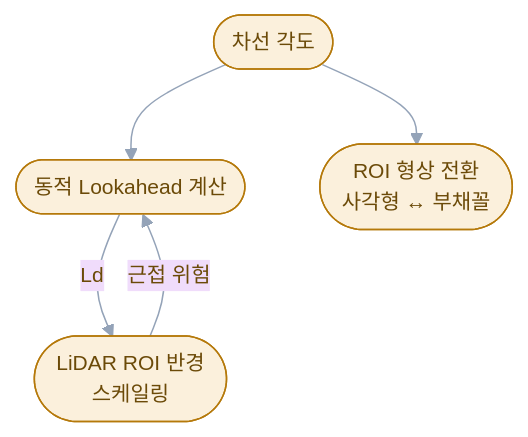
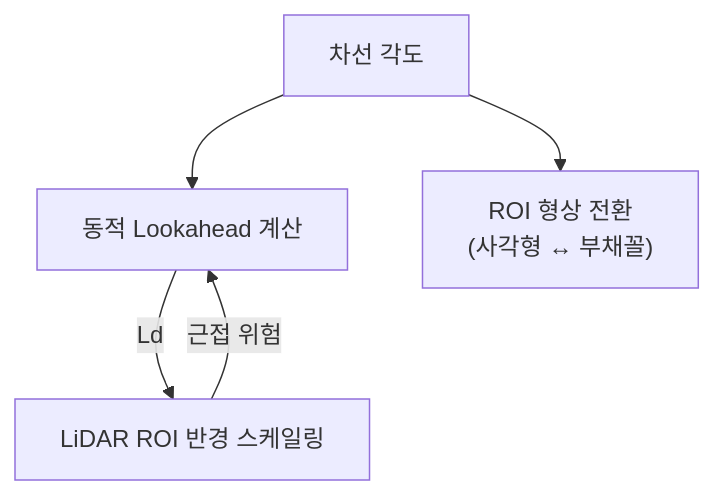
The fourth of 4 diagrams in README.md (GeonHoong/1_10-autonomous-race), drawn with Mermaid before and after one commit. The commit also changed other lines of this file, not shown here.

Commit message:
Revert mermaid diagrams to original plain style

````diff
--- a/README.md
+++ b/README.md
@@ -116,11 +94,7 @@
 ```mermaid
-%%{init: {'theme':'base', 'themeVariables': {
-  'primaryColor':'#fbf0dc','primaryBorderColor':'#b5790a','primaryTextColor':'#6b4a08',
-  'lineColor':'#94a3b8','fontFamily':'Pretendard, -apple-system, Segoe UI, sans-serif','fontSize':'14px'
-}}}%%
 flowchart TD
-    LANE(["차선 각도"]) --> PP(["동적 Lookahead 계산"])
-    PP -- "Ld" --> ROI(["LiDAR ROI 반경<br/>스케일링"])
+    LANE["차선 각도"] --> PP["동적 Lookahead 계산"]
+    PP -- "Ld" --> ROI["LiDAR ROI 반경 스케일링"]
     ROI -- "근접 위험" --> PP
-    LANE --> SHAPE(["ROI 형상 전환<br/>사각형 ↔ 부채꼴"])
+    LANE --> SHAPE["ROI 형상 전환\n(사각형 ↔ 부채꼴)"]
 ```
````
